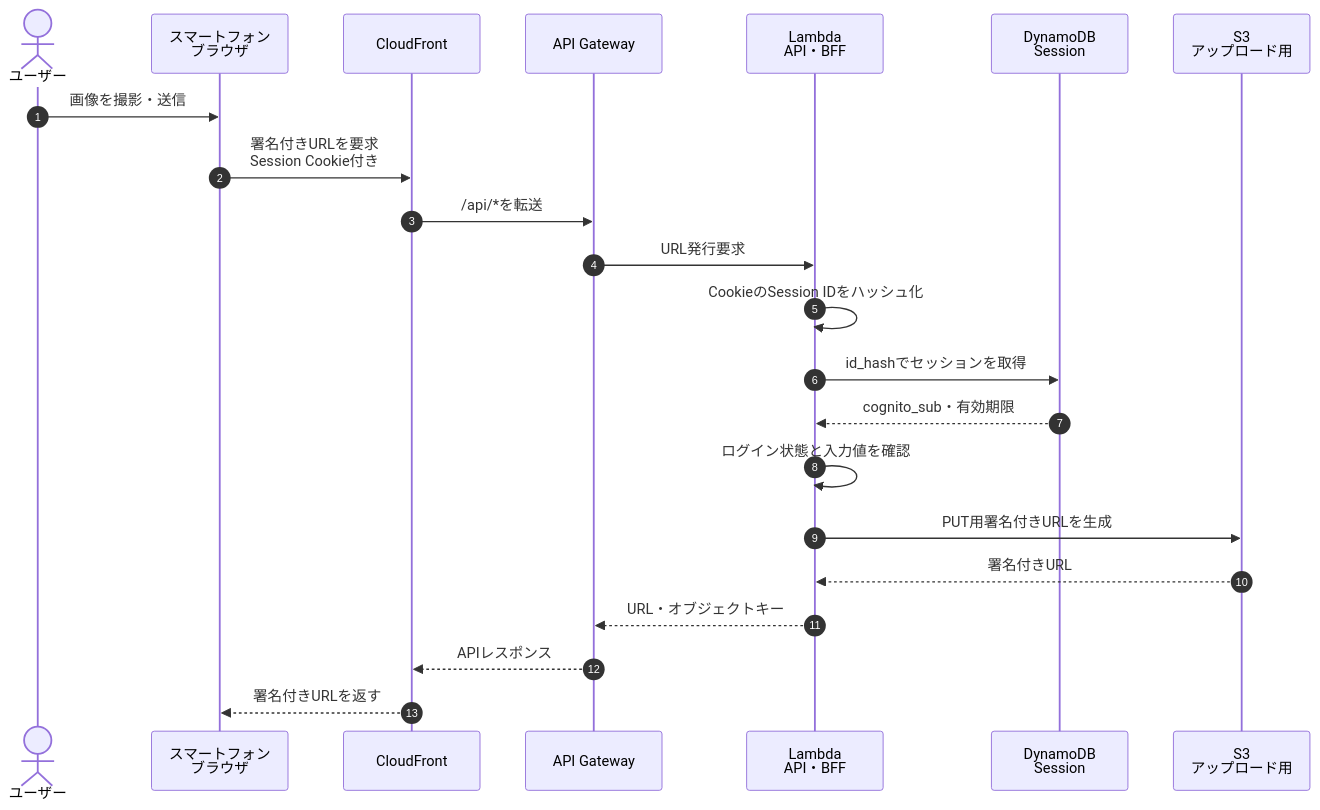
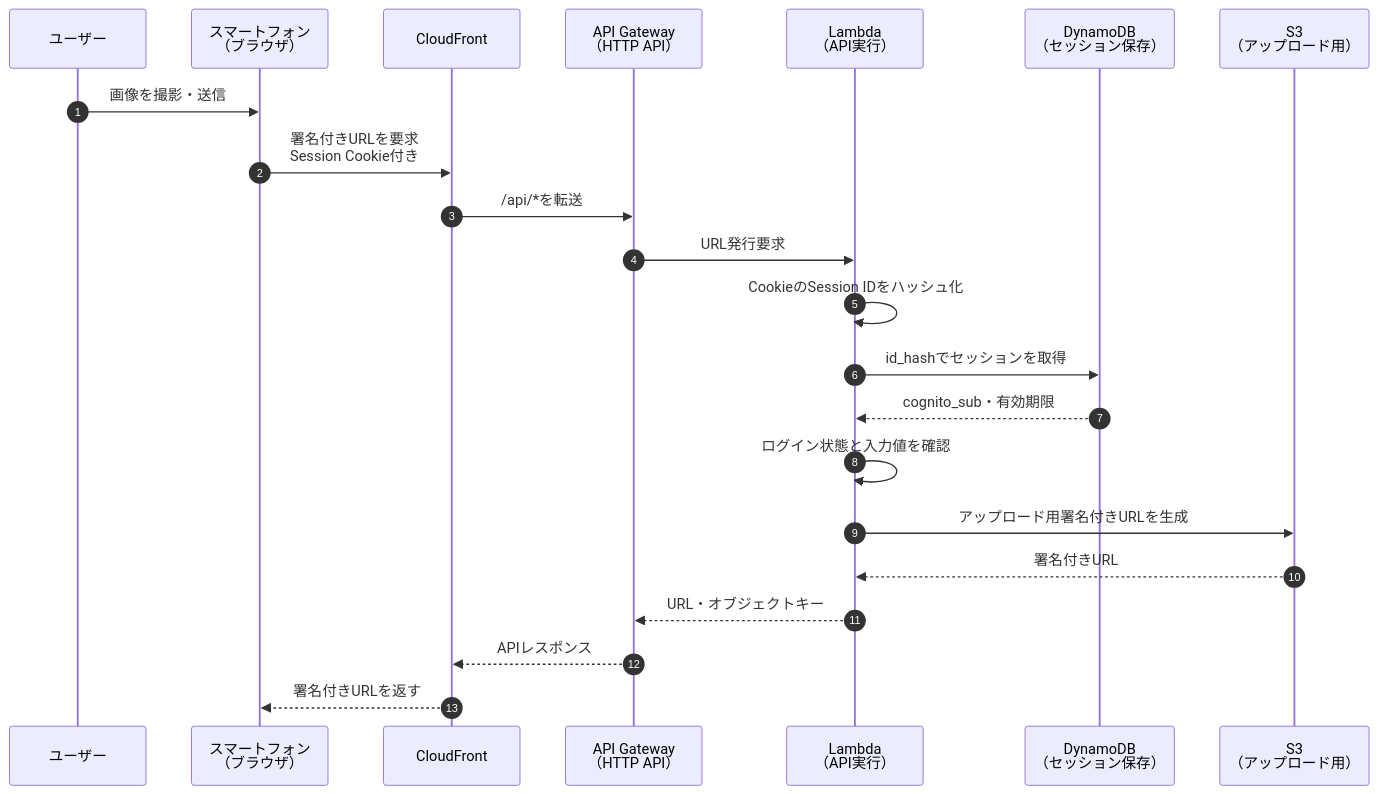
Before and after one commit to vinylhousegarage/jpeg-to-xlsx: the second of 4 diagrams in README.md, drawn with Mermaid. The commit also changed other lines of this file, not shown here.

Commit message:
docs(readme): fix formatting and sequence diagrams

````diff
--- a/README.md
+++ b/README.md
@@ -66,25 +66,25 @@
 ```mermaid
 sequenceDiagram
   autonumber
-  actor User as ユーザー
-  participant Browser as スマートフォン<br/>ブラウザ
+  participant User as ユーザー
+  participant Browser as スマートフォン<br/>（ブラウザ）
   participant CloudFront
-  participant API as API Gateway
-  participant BFF as Lambda<br/>API・BFF
-  participant SessionDB as DynamoDB<br/>Session
-  participant S3Input as S3<br/>アップロード用
+  participant API as API Gateway<br/>（HTTP API）
+  participant BFF as Lambda<br/>（API実行）
+  participant SessionDB as DynamoDB<br/>（セッション保存）
+  participant S3Input as S3<br/>（アップロード用）
 
   User->>Browser: 画像を撮影・送信
   Browser->>CloudFront: 署名付きURLを要求<br/>Session Cookie付き
   CloudFront->>API: /api/*を転送
   API->>BFF: URL発行要求
   BFF->>BFF: CookieのSession IDをハッシュ化
   BFF->>SessionDB: id_hashでセッションを取得
   SessionDB-->>BFF: cognito_sub・有効期限
   BFF->>BFF: ログイン状態と入力値を確認
-  BFF->>S3Input: PUT用署名付きURLを生成
+  BFF->>S3Input: アップロード用署名付きURLを生成
   S3Input-->>BFF: 署名付きURL
   BFF-->>API: URL・オブジェクトキー
   API-->>CloudFront: APIレスポンス
   CloudFront-->>Browser: 署名付きURLを返す
 ```
````
